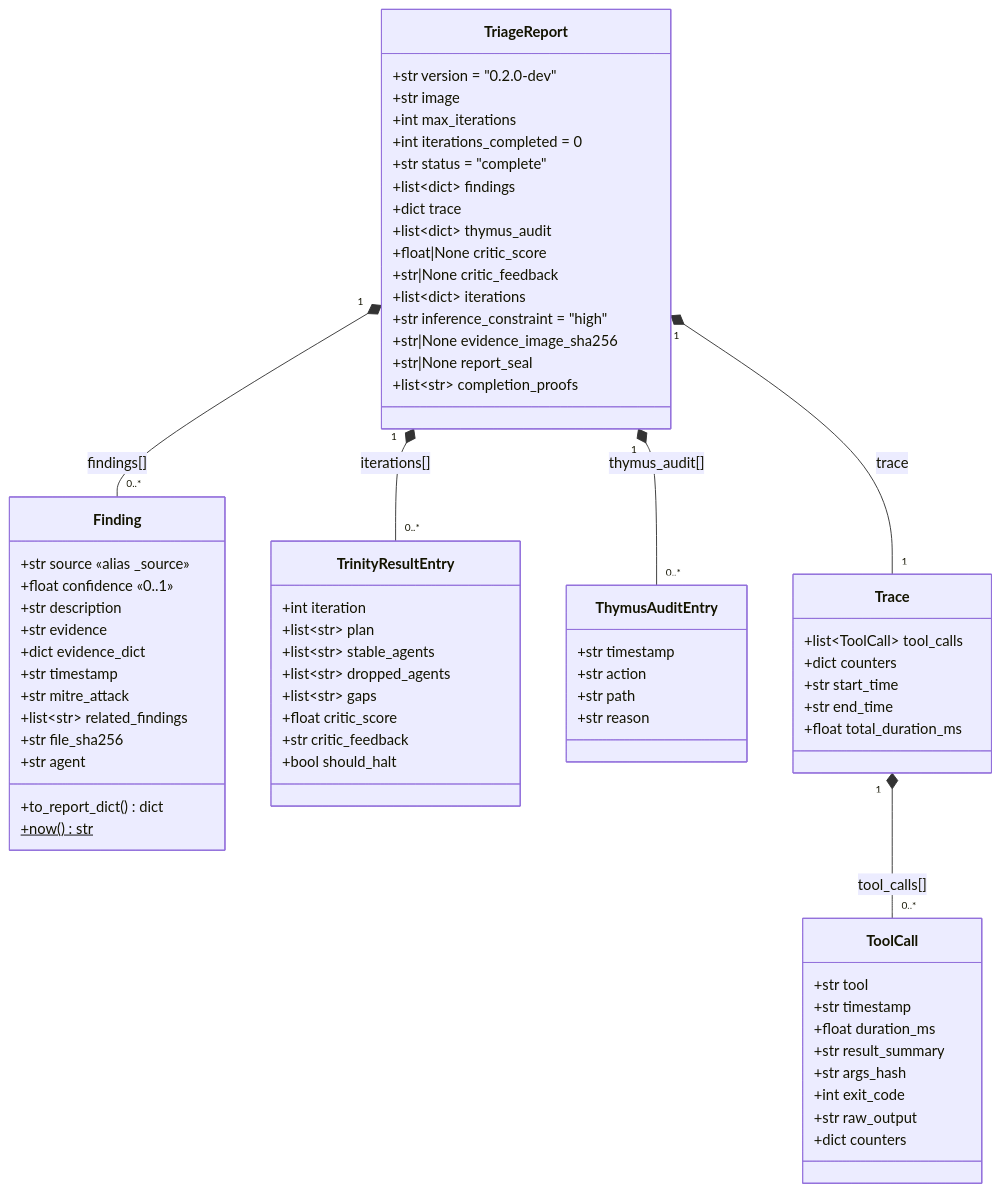
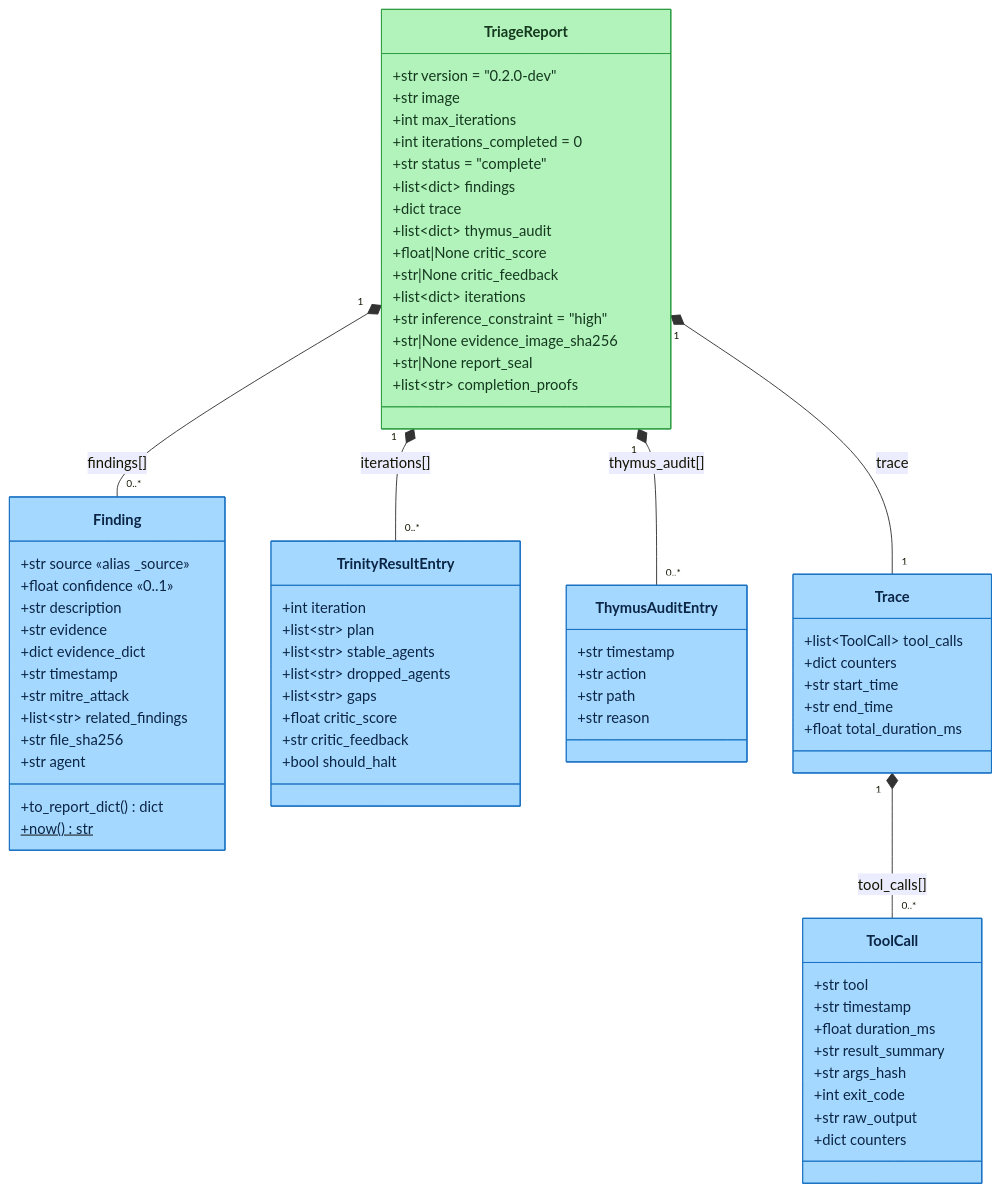
One commit to galvangabriel-web/agentropix-mcp changed the first of 6 diagrams in docs/03-data/data-models.md. Above: the diagram before and after it, drawn with Mermaid. The commit also changed other lines of this file and 20 other files, not shown here.

First line of the commit message:
Diagram readability pass (workflow): redesign diagrams for size/clarity + audit log

````diff
--- a/docs/03-data/data-models.md
+++ b/docs/03-data/data-models.md
@@ -18,73 +18,78 @@
 ```mermaid
 classDiagram
     class TriageReport {
         +str version = "0.2.0-dev"
         +str image
         +int max_iterations
         +int iterations_completed = 0
         +str status = "complete"
         +list~dict~ findings
         +dict trace
         +list~dict~ thymus_audit
         +float|None critic_score
         +str|None critic_feedback
         +list~dict~ iterations
         +str inference_constraint = "high"
         +str|None evidence_image_sha256
         +str|None report_seal
         +list~str~ completion_proofs
     }
     class Finding {
         +str source  «alias _source»
         +float confidence  «0..1»
         +str description
         +str evidence
         +dict evidence_dict
         +str timestamp
         +str mitre_attack
         +list~str~ related_findings
         +str file_sha256
         +str agent
         +to_report_dict() dict
         +now()$ str
     }
     class TrinityResultEntry {
         +int iteration
         +list~str~ plan
         +list~str~ stable_agents
         +list~str~ dropped_agents
         +list~str~ gaps
         +float critic_score
         +str critic_feedback
         +bool should_halt
     }
     class ToolCall {
         +str tool
         +str timestamp
         +float duration_ms
         +str result_summary
         +str args_hash
         +int exit_code
         +str raw_output
         +dict counters
     }
     class ThymusAuditEntry {
         +str timestamp
         +str action
         +str path
         +str reason
     }
 
     TriageReport "1" *-- "0..*" Finding : findings[]
     TriageReport "1" *-- "0..*" TrinityResultEntry : iterations[]
     TriageReport "1" *-- "1" Trace : trace
     TriageReport "1" *-- "0..*" ThymusAuditEntry : thymus_audit[]
     class Trace {
         +list~ToolCall~ tool_calls
         +dict counters
         +str start_time
         +str end_time
         +float total_duration_ms
     }
     Trace "1" *-- "0..*" ToolCall : tool_calls[]
+
+    cssClass "TriageReport" rootNode
+    cssClass "Finding,TrinityResultEntry,Trace,ThymusAuditEntry,ToolCall" subNode
+    classDef rootNode fill:#b2f2bb,stroke:#2f9e44,color:#15391f
+    classDef subNode fill:#a5d8ff,stroke:#1971c2,color:#0b2545
 ```
````
